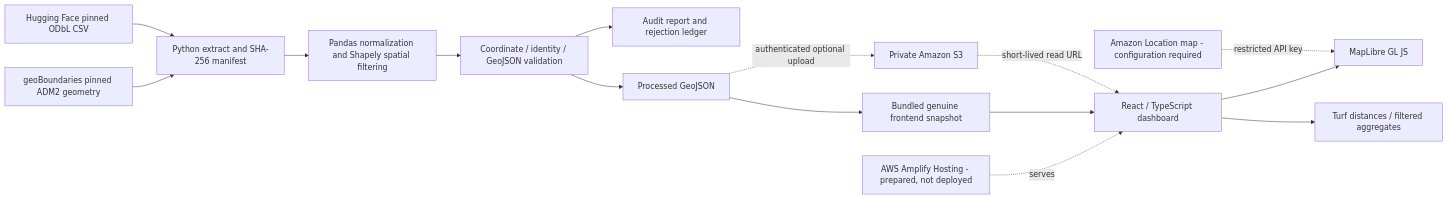
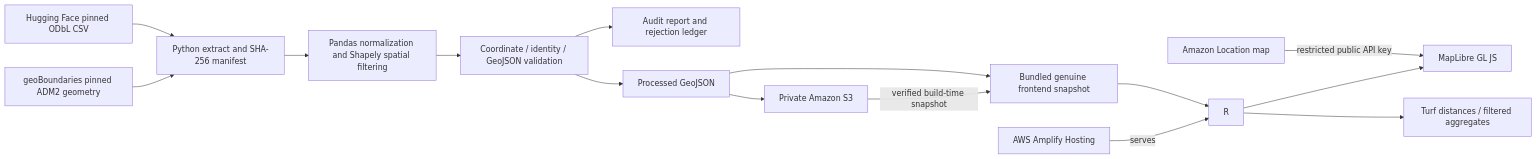
Before and after one commit to SamiSiddiqui45/karachi-pulse: the diagram in docs/ARCHITECTURE.md, drawn with Mermaid. The commit also changed other lines of this file and 2 other files, not shown here.

Commit message:
Align architecture and setup docs with verified AWS deployment

````diff
--- a/docs/ARCHITECTURE.md
+++ b/docs/ARCHITECTURE.md
@@ -3,17 +3,17 @@
 ```mermaid
 flowchart LR
   HF[Hugging Face pinned ODbL CSV] --> E[Python extract and SHA-256 manifest]
   GB[geoBoundaries pinned ADM2 geometry] --> E
   E --> T[Pandas normalization and Shapely spatial filtering]
   T --> V[Coordinate / identity / GeoJSON validation]
   V --> Q[Audit report and rejection ledger]
   V --> G[Processed GeoJSON]
   G --> B[Bundled genuine frontend snapshot]
-  G -. authenticated optional upload .-> S3[Private Amazon S3]
-  S3 -. short-lived read URL .-> R[React / TypeScript dashboard]
+  G --> S3[Private Amazon S3]
+  S3 -->|verified build-time snapshot| B
   B --> R
-  A[AWS Amplify Hosting - prepared, not deployed] -. serves .-> R
-  L[Amazon Location map - configuration required] -. restricted API key .-> M[MapLibre GL JS]
+  A[AWS Amplify Hosting] -->|serves| R
+  L[Amazon Location map] -->|restricted public API key| M[MapLibre GL JS]
   R --> M
   R --> N[Turf distances / filtered aggregates]
 ```
````
